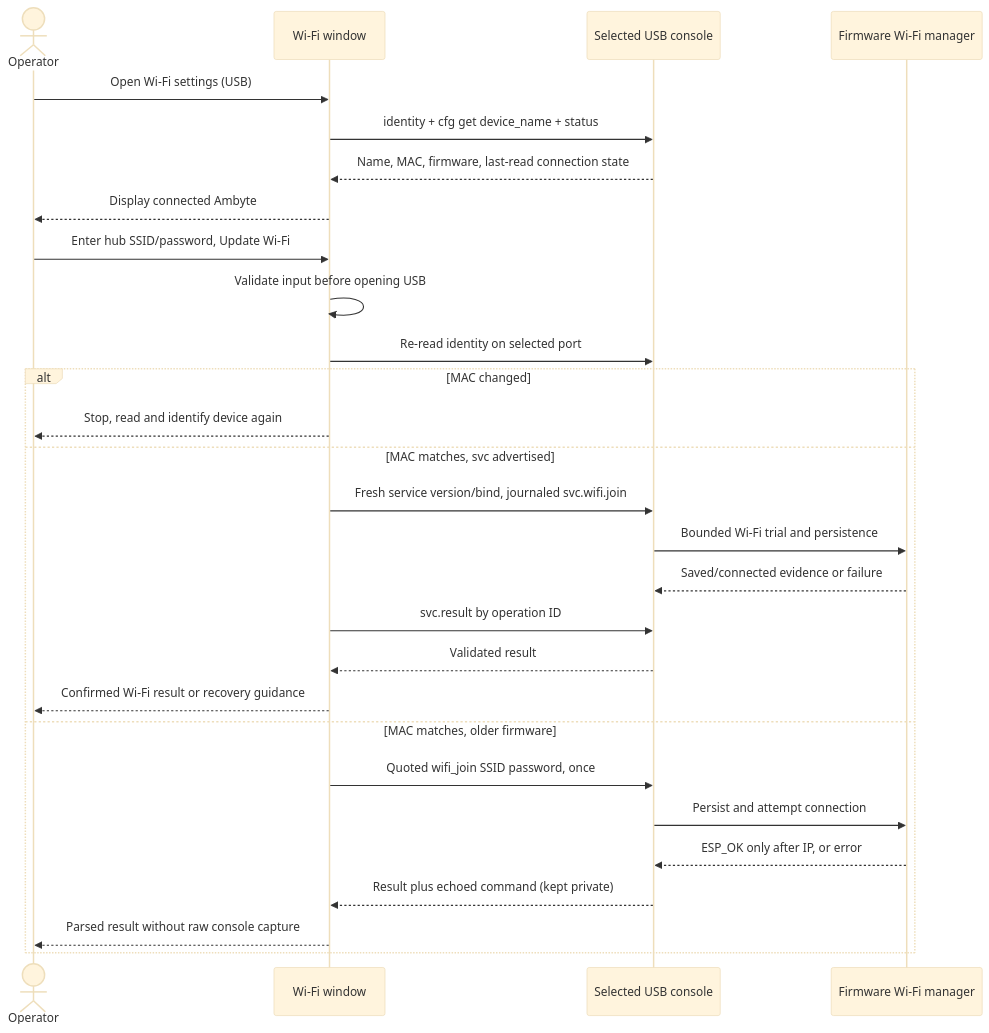
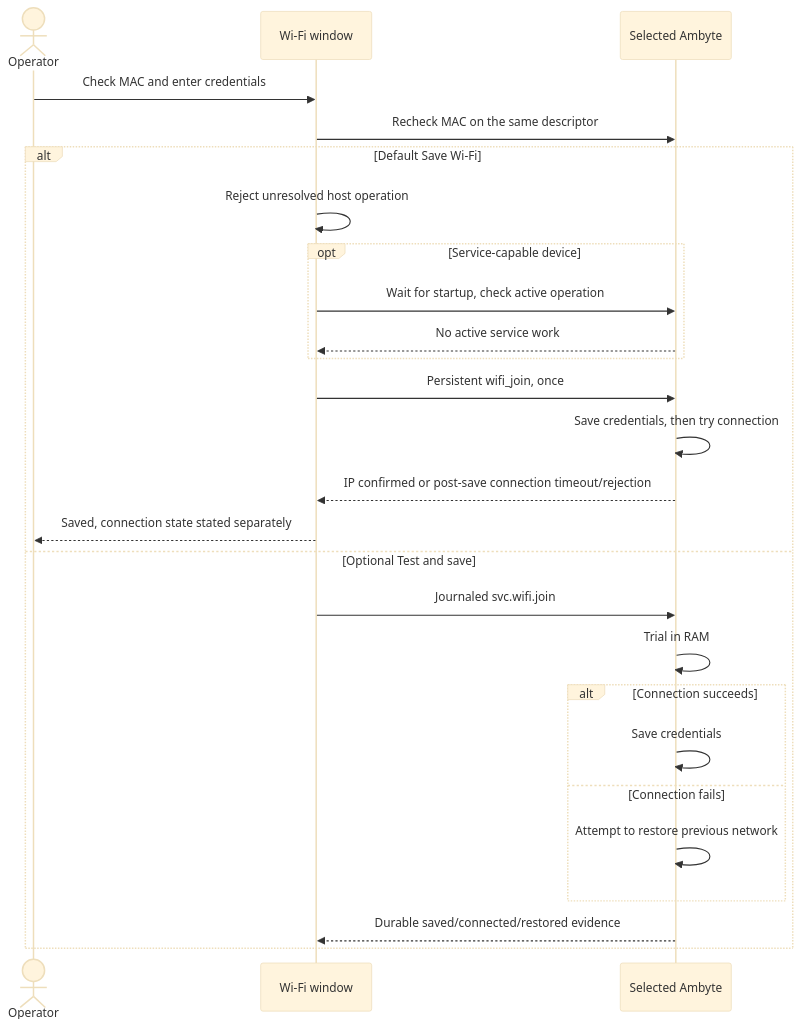
The first of 2 diagrams in docs/usb-wifi-settings.md (Jan-IngenHousz-Institute/ambyte-iot), drawn with Mermaid (base theme) before and after one commit. The commit also changed other lines of this file and 5 other files, not shown here.

Commit message:
fix(flash-gui): save Wi-Fi credentials for offline deployment

````diff
--- a/docs/usb-wifi-settings.md
+++ b/docs/usb-wifi-settings.md
@@ -35,30 +51,28 @@
 ```mermaid
 sequenceDiagram
     actor Operator
     participant GUI as Wi-Fi window
-    participant USB as Selected USB console
-    participant WiFi as Firmware Wi-Fi manager
-    Operator->>GUI: Open Wi-Fi settings (USB)
-    GUI->>USB: identity + cfg get device_name + status
-    USB-->>GUI: Name, MAC, firmware, last-read connection state
-    GUI-->>Operator: Display connected Ambyte
-    Operator->>GUI: Enter hub SSID/password, Update Wi-Fi
-    GUI->>GUI: Validate input before opening USB
-    GUI->>USB: Re-read identity on selected port
-    alt MAC changed
-        GUI-->>Operator: Stop, read and identify device again
-    else MAC matches, svc advertised
-        GUI->>USB: Fresh service version/bind, journaled svc.wifi.join
-        USB->>WiFi: Bounded Wi-Fi trial and persistence
-        WiFi-->>USB: Saved/connected evidence or failure
-        GUI->>USB: svc.result by operation ID
-        USB-->>GUI: Validated result
-        GUI-->>Operator: Confirmed Wi-Fi result or recovery guidance
-    else MAC matches, older firmware
-        GUI->>USB: Quoted wifi_join SSID password, once
-        USB->>WiFi: Persist and attempt connection
-        WiFi-->>USB: ESP_OK only after IP, or error
-        USB-->>GUI: Result plus echoed command (kept private)
-        GUI-->>Operator: Parsed result without raw console capture
+    participant USB as Selected Ambyte
+    Operator->>GUI: Check MAC and enter credentials
+    GUI->>USB: Recheck MAC on the same descriptor
+    alt Default Save Wi-Fi
+        GUI->>GUI: Reject unresolved host operation
+        opt Service-capable device
+            GUI->>USB: Wait for startup, check active operation
+            USB-->>GUI: No active service work
+        end
+        GUI->>USB: Persistent wifi_join, once
+        USB->>USB: Save credentials, then try connection
+        USB-->>GUI: IP confirmed or post-save connection timeout/rejection
+        GUI-->>Operator: Saved, connection state stated separately
+    else Optional Test and save
+        GUI->>USB: Journaled svc.wifi.join
+        USB->>USB: Trial in RAM
+        alt Connection succeeds
+            USB->>USB: Save credentials
+        else Connection fails
+            USB->>USB: Attempt to restore previous network
+        end
+        USB-->>GUI: Durable saved/connected/restored evidence
     end
 ```
````
